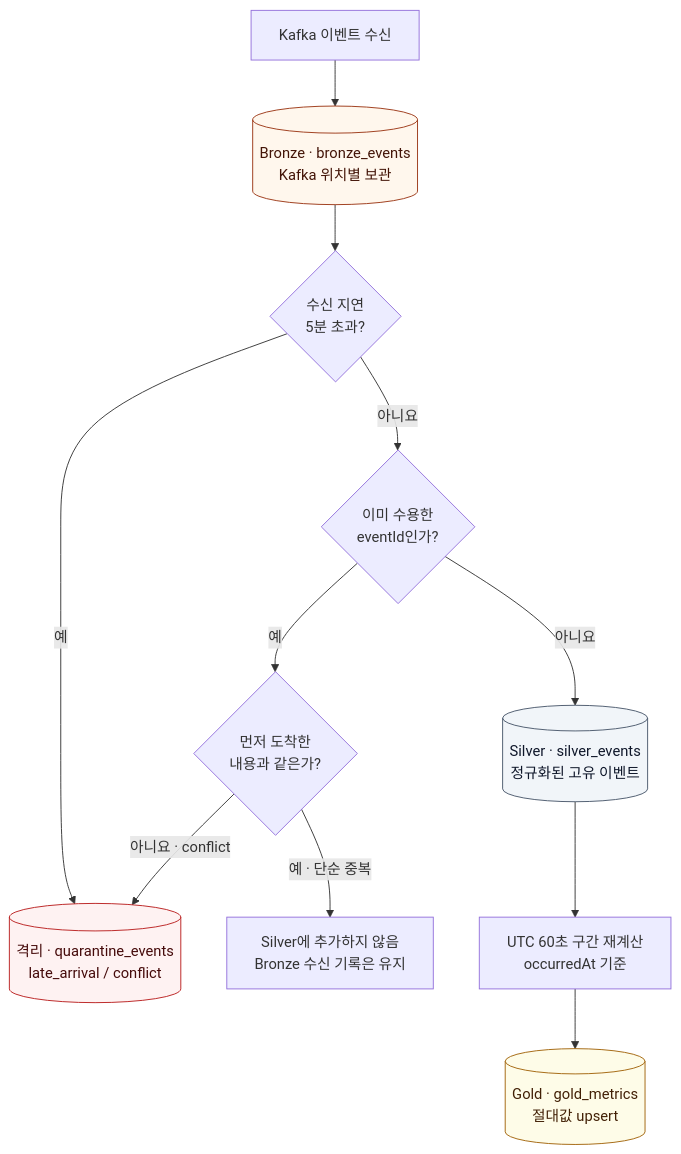
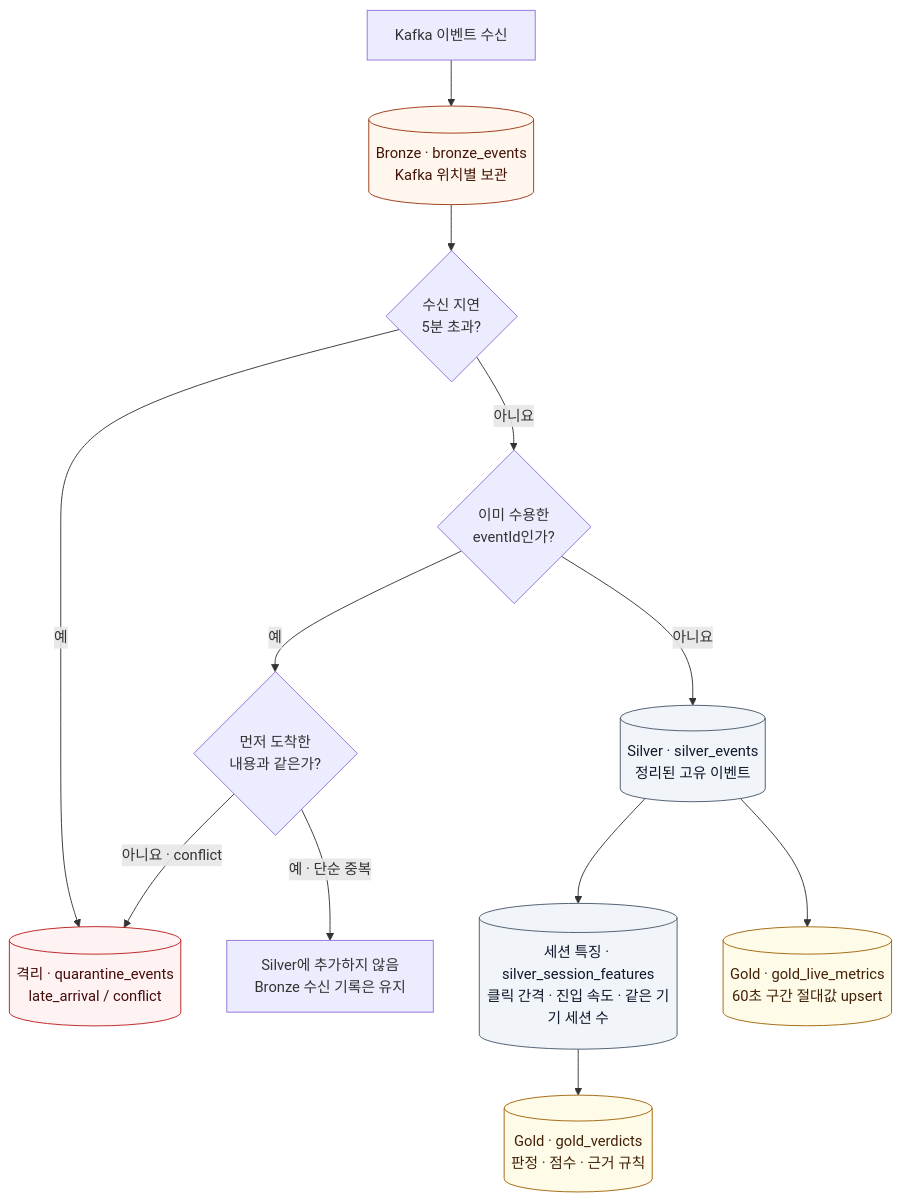
The third of 5 diagrams in README.md (seoloo/MLO2_3rd_Project), drawn with Mermaid before and after one commit. The commit also changed other lines of this file and 89 other files, not shown here.

````diff
--- a/README.md
+++ b/README.md
@@ -145,22 +166,23 @@
 ```mermaid
 flowchart TB
     K["Kafka 이벤트 수신"] --> B[("Bronze · bronze_events<br/>Kafka 위치별 보관")]
     B --> L{"수신 지연<br/>5분 초과?"}
     L -->|"예"| Q[("격리 · quarantine_events<br/>late_arrival / conflict")]
     L -->|"아니요"| D{"이미 수용한<br/>eventId인가?"}
-    D -->|"아니요"| S[("Silver · silver_events<br/>정규화된 고유 이벤트")]
+    D -->|"아니요"| S[("Silver · silver_events<br/>정리된 고유 이벤트")]
     D -->|"예"| C{"먼저 도착한<br/>내용과 같은가?"}
     C -->|"아니요 · conflict"| Q
     C -->|"예 · 단순 중복"| SKIP["Silver에 추가하지 않음<br/>Bronze 수신 기록은 유지"]
-    S --> W["UTC 60초 구간 재계산<br/>occurredAt 기준"]
-    W --> G[("Gold · gold_metrics<br/>절대값 upsert")]
+    S --> F[("세션 특징 · silver_session_features<br/>클릭 간격 · 진입 속도 · 같은 기기 세션 수")]
+    F --> V[("Gold · gold_verdicts<br/>판정 · 점수 · 근거 규칙")]
+    S --> W[("Gold · gold_live_metrics<br/>60초 구간 절대값 upsert")]
 
     classDef bronze fill:#fff7ed,stroke:#9a3412,color:#431407
     classDef silver fill:#f1f5f9,stroke:#475569,color:#0f172a
     classDef gold fill:#fefce8,stroke:#a16207,color:#422006
     classDef isolated fill:#fef2f2,stroke:#b91c1c,color:#450a0a
     class B bronze
-    class S silver
-    class G gold
+    class S,F silver
+    class V,W gold
     class Q isolated
 ```
````
